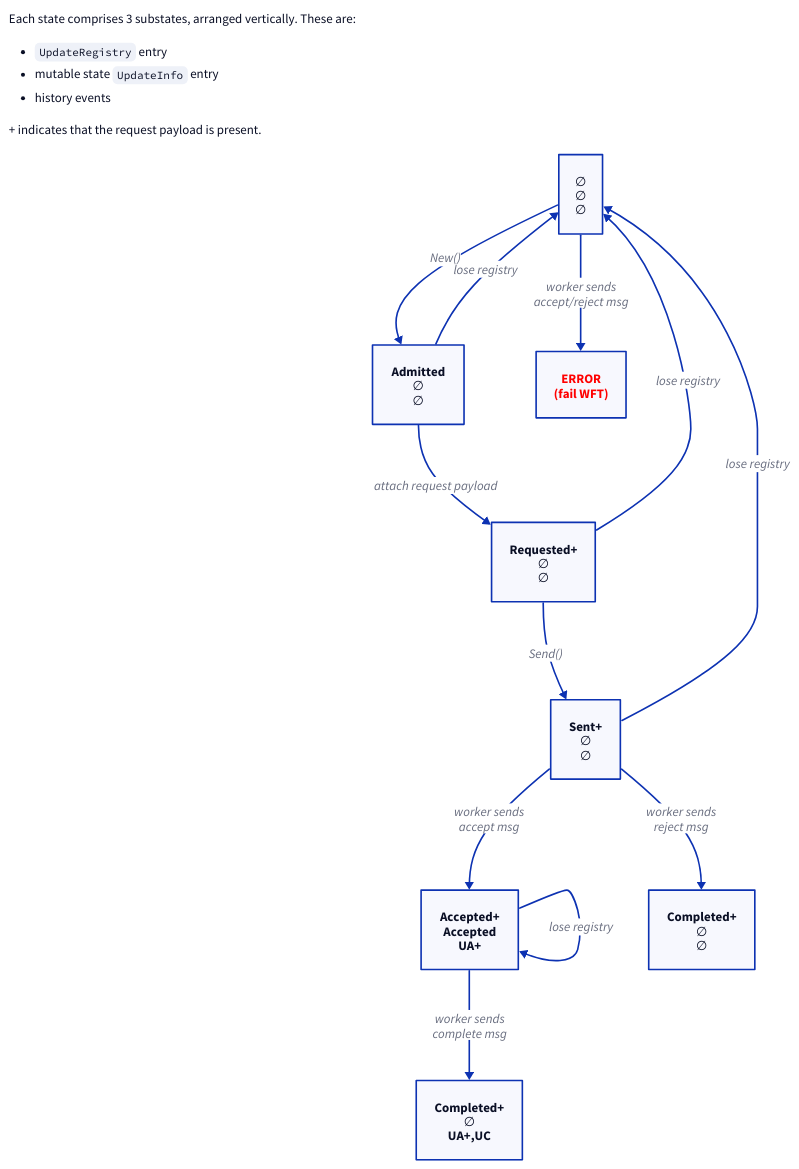
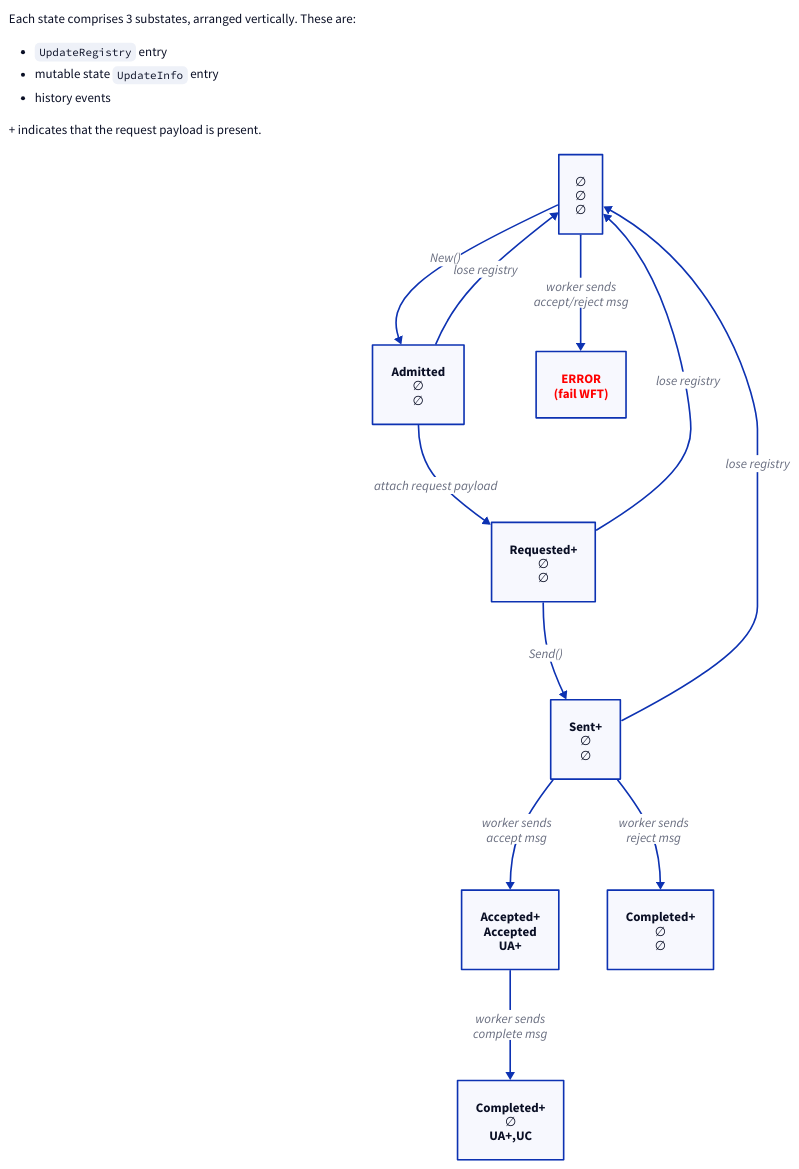
Before and after one commit to dandavison/temporalio-notes: the diagram in diagrams/update-sm-all.d2, drawn with D2.

Commit message:
Abstract out items

```diff
--- a/diagrams/update-sm-all.d2
+++ b/diagrams/update-sm-all.d2
@@ -1,27 +1,48 @@
 explanation: |md
   Each state comprises 3 substates, arranged vertically. These are:
   - `UpdateRegistry` entry
   - mutable state `UpdateInfo` entry
   - history events
 
   \+ indicates that the request payload is present.
 | {near: top-left}
 
-∅\n∅\n∅\n -> Admitted\n∅\n∅: New()
-Admitted\n∅\n∅ -> Requested+\n∅\n∅: attach request payload
-Requested+\n∅\n∅ -> Sent+\n∅\n∅: Send()
-Sent+\n∅\n∅ -> Accepted+\nAccepted\nUA+: worker sends\naccept msg
-Accepted+\nAccepted\nUA+ -> Completed+\n∅\nUA+,UC: worker sends\ncomplete msg
-Sent+\n∅\n∅ -> Completed+\n∅\n∅: worker sends\nreject msg
+∅ -> Admitted: New()
+Admitted -> Requested+: attach request payload
+Requested+ -> Sent+: Send()
+Sent+ -> Accepted+: worker sends\naccept msg
+Accepted+ -> Completed+: worker sends\ncomplete msg
+Sent+ -> Rejected+: worker sends\nreject msg
 
-Admitted\n∅\n∅ -> ∅\n∅\n∅\n: lose registry
-Requested+\n∅\n∅ -> ∅\n∅\n∅\n: lose registry
-Sent+\n∅\n∅ -> ∅\n∅\n∅\n: lose registry
-Accepted+\nAccepted\nUA+ -> Accepted+\nAccepted\nUA+: lose registry
+Admitted -> ∅: lose registry
+Requested+ -> ∅: lose registry
+Sent+ -> ∅: lose registry
+# Accepted+ -> Accepted+: lose registry
 
-∅\n∅\n∅\n -> fail-wft: worker sends\naccept/reject msg
+∅ -> fail-wft: worker sends\naccept/reject msg
 
+∅: {
+  label: ∅\n∅\n∅\n
+}
+Sent+: {
+  label: Sent+\n∅\n∅
+}
+Admitted: {
+  label: Admitted\n∅\n∅
+}
+Requested+: {
+  label: Requested+\n∅\n∅
+}
+Accepted+: {
+  label: Accepted+\nAccepted\nUA+
+}
+Completed+: {
+  label: Completed+\n∅\nUA+,UC
+}
+Rejected+: {
+  label: Completed+\n∅\n∅
+}
 fail-wft: {
   label: ERROR\n(fail WFT)
   style.font-color: red
 }
```
